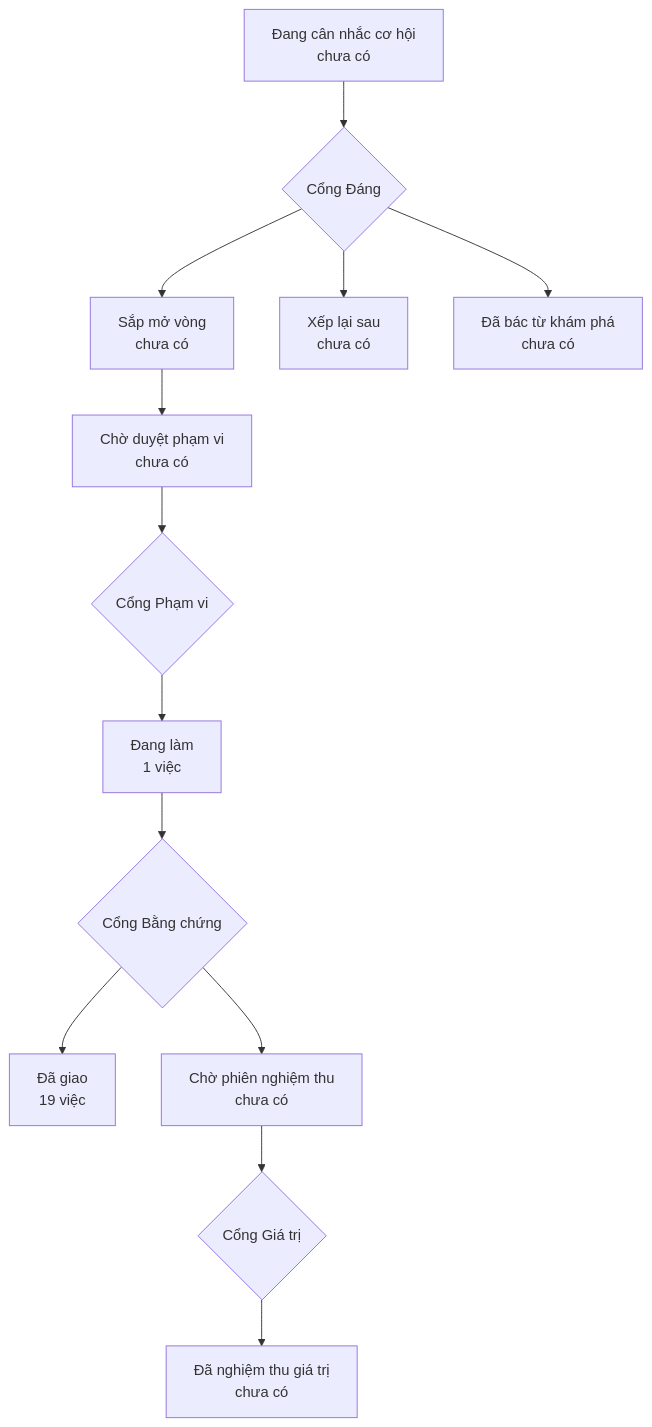
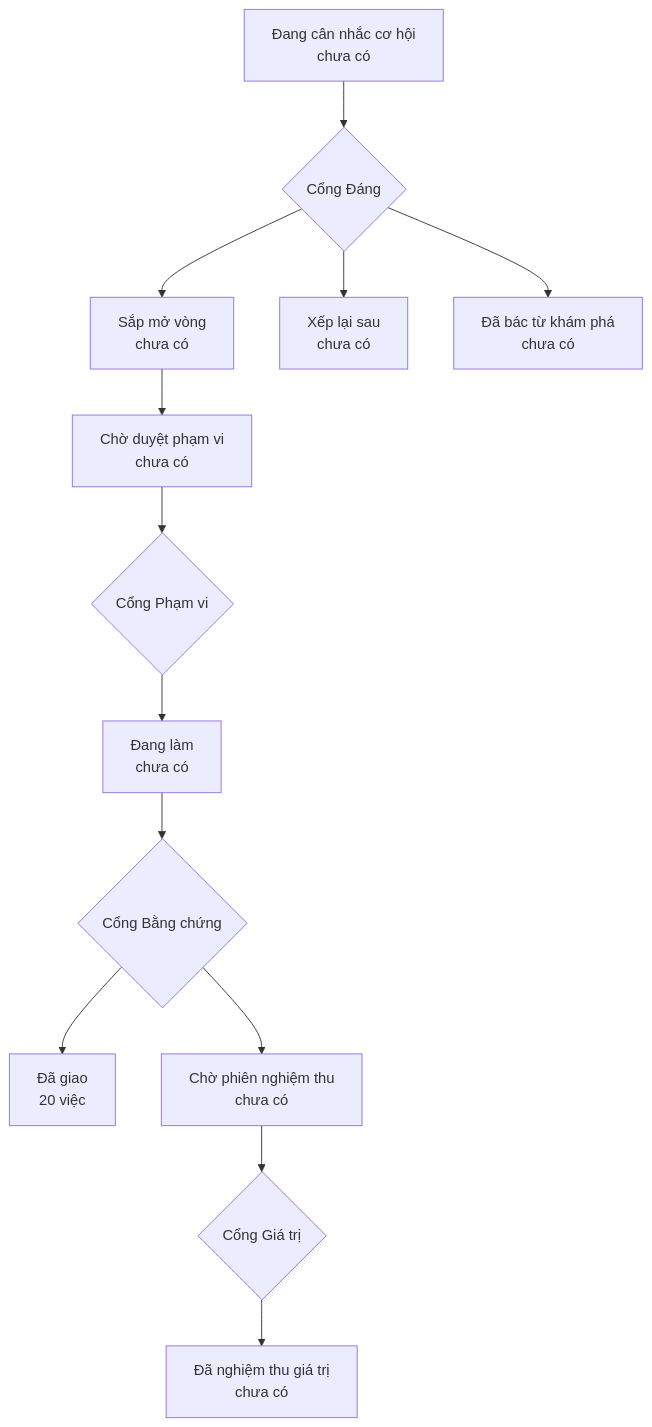
One commit to phanlemanh/onehub-invest changed the diagram in PRODUCT-MAP.md. Above: the diagram before and after it, drawn with Mermaid. The commit also changed other lines of this file and 4 other files, not shown here.

````diff
--- a/PRODUCT-MAP.md
+++ b/PRODUCT-MAP.md
@@ -7,12 +7,12 @@
 ```mermaid
 flowchart TD
   A["Đang cân nhắc cơ hội<br/>chưa có"] --> GD{"Cổng Đáng"}
   GD --> B["Sắp mở vòng<br/>chưa có"]
   GD --> XL["Xếp lại sau<br/>chưa có"]
   GD --> DB["Đã bác từ khám phá<br/>chưa có"]
   B --> CD["Chờ duyệt phạm vi<br/>chưa có"] --> GP{"Cổng Phạm vi"}
-  GP --> DL["Đang làm<br/>1 việc"] --> GB{"Cổng Bằng chứng"}
-  GB --> DG["Đã giao<br/>19 việc"]
+  GP --> DL["Đang làm<br/>chưa có"] --> GB{"Cổng Bằng chứng"}
+  GB --> DG["Đã giao<br/>20 việc"]
   GB --> CN["Chờ phiên nghiệm thu<br/>chưa có"] --> GG{"Cổng Giá trị"}
   GG --> NT["Đã nghiệm thu giá trị<br/>chưa có"]
 ```
````
